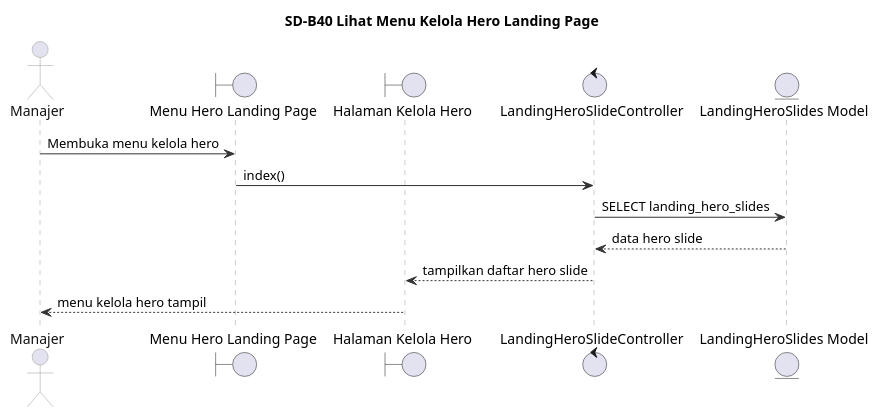
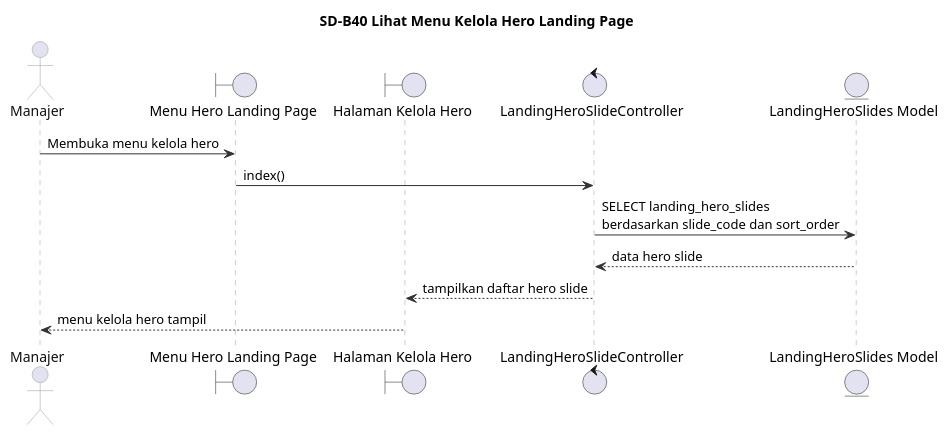
The diagram in sequence/SD-B40.puml (Fajrinputra/alterstudio-ta), drawn with PlantUML before and after one commit. The commit also changed 71 other files, not shown here.

```diff
--- a/sequence/SD-B40.puml
+++ b/sequence/SD-B40.puml
@@ -1,31 +1,31 @@
 @startuml
 title SD-B40 Lihat Menu Kelola Hero Landing Page
 
 skinparam backgroundColor white
 skinparam shadowing false
 skinparam BoxPadding 4
 skinparam sequence {
     ArrowColor #333333
     LifeLineBorderColor #999999
     LifeLineBackgroundColor white
     ParticipantBorderColor #999999
     ParticipantBackgroundColor #ECEEF8
     ParticipantFontColor #111111
     ActorBorderColor #999999
     ActorFontColor #111111
 }
 
 actor "Manajer" as Manajer
 boundary "Menu Hero Landing Page" as MenuHero
 boundary "Halaman Kelola Hero" as HalamanHero
 control "LandingHeroSlideController" as LandingHeroController
 entity "LandingHeroSlides Model" as LandingHeroSlide
 
 Manajer -> MenuHero : Membuka menu kelola hero
 MenuHero -> LandingHeroController : index()
-LandingHeroController -> LandingHeroSlide : SELECT landing_hero_slides
+LandingHeroController -> LandingHeroSlide : SELECT landing_hero_slides\nberdasarkan slide_code dan sort_order
 LandingHeroSlide --> LandingHeroController : data hero slide
 LandingHeroController --> HalamanHero : tampilkan daftar hero slide
 HalamanHero --> Manajer : menu kelola hero tampil
 
 @enduml
```
